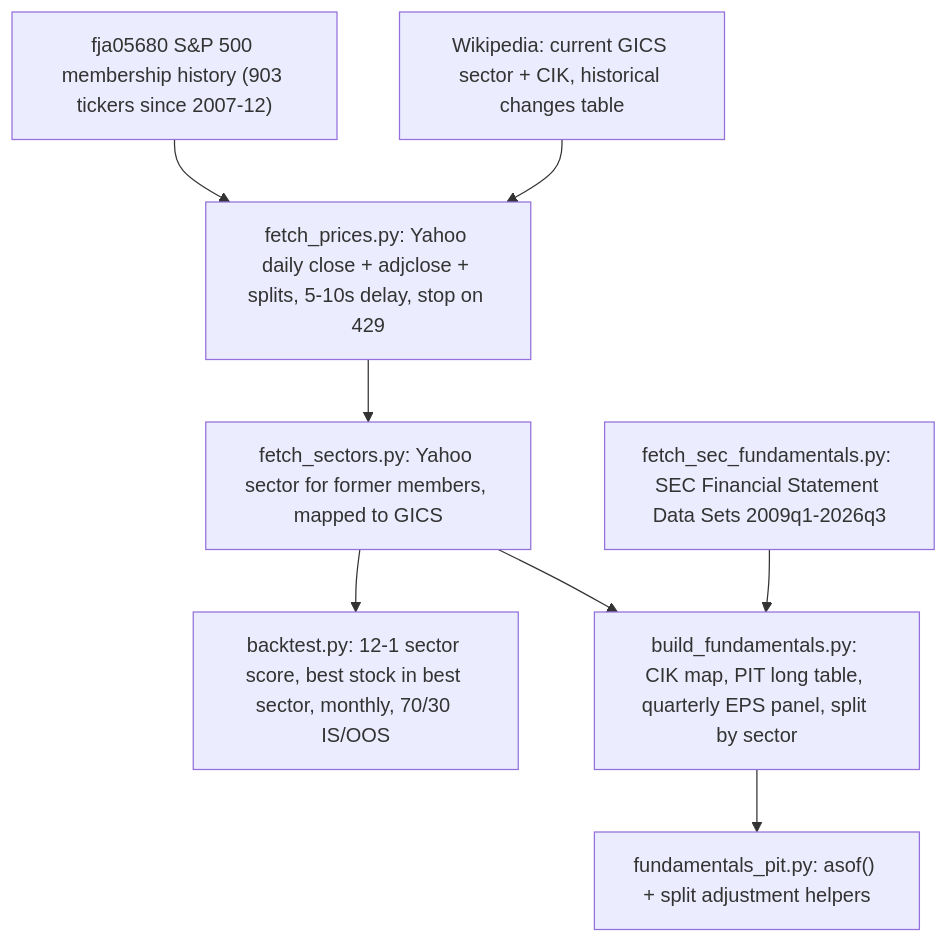
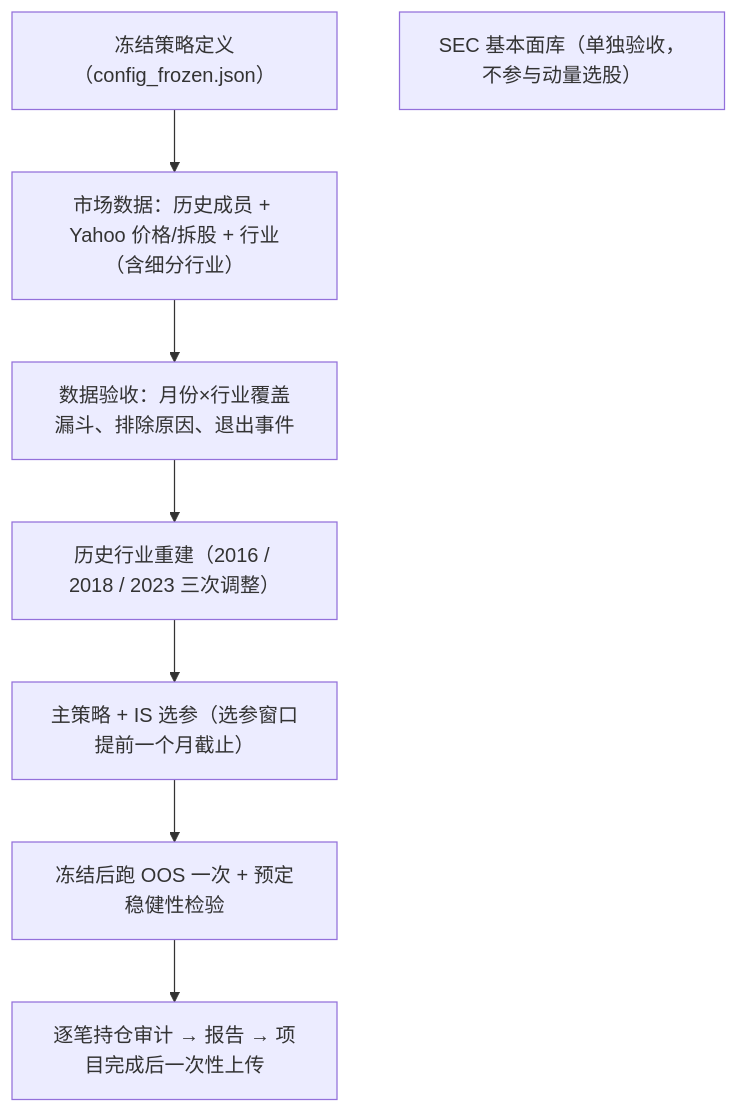
Before and after one commit to nickchen494949/macro-observer: the diagram in research/sector_stock_momentum/WORKFLOW_AUDIT.md, drawn with Mermaid. The commit also changed other lines of this file and 70 other files, not shown here.

Commit message:
Momentum sector×stock backtest: post-audit fixes, tests, gap ledger, report; rules: commit-at-completion + missing-data rule

````diff
--- a/research/sector_stock_momentum/WORKFLOW_AUDIT.md
+++ b/research/sector_stock_momentum/WORKFLOW_AUDIT.md
@@ -7,12 +8,11 @@
 ```mermaid
 flowchart TD
-    A["fja05680 S&P 500 membership history (903 tickers since 2007-12)"] --> C
-    B["Wikipedia: current GICS sector + CIK, historical changes table"] --> C
-    C["fetch_prices.py: Yahoo daily close + adjclose + splits, 5-10s delay, stop on 429"] --> D
-    D["fetch_sectors.py: Yahoo sector for former members, mapped to GICS"] --> E
-    E["backtest.py: 12-1 sector score, best stock in best sector, monthly, 70/30 IS/OOS"]
-    F["fetch_sec_fundamentals.py: SEC Financial Statement Data Sets 2009q1-2026q3"] --> G
-    G["build_fundamentals.py: CIK map, PIT long table, quarterly EPS panel, split by sector"] --> H
-    H["fundamentals_pit.py: asof() + split adjustment helpers"]
-    D --> G
+    A["冻结策略定义（config_frozen.json）"] --> B
+    B["市场数据：历史成员 + Yahoo 价格/拆股 + 行业（含细分行业）"] --> C
+    C["数据验收：月份×行业覆盖漏斗、排除原因、退出事件"] --> D
+    D["历史行业重建（2016 / 2018 / 2023 三次调整）"] --> E
+    E["主策略 + IS 选参（选参窗口提前一个月截止）"] --> F
+    F["冻结后跑 OOS 一次 + 预定稳健性检验"] --> G
+    G["逐笔持仓审计 → 报告 → 项目完成后一次性上传"]
+    H["SEC 基本面库（单独验收，不参与动量选股）"]
 ```
````
